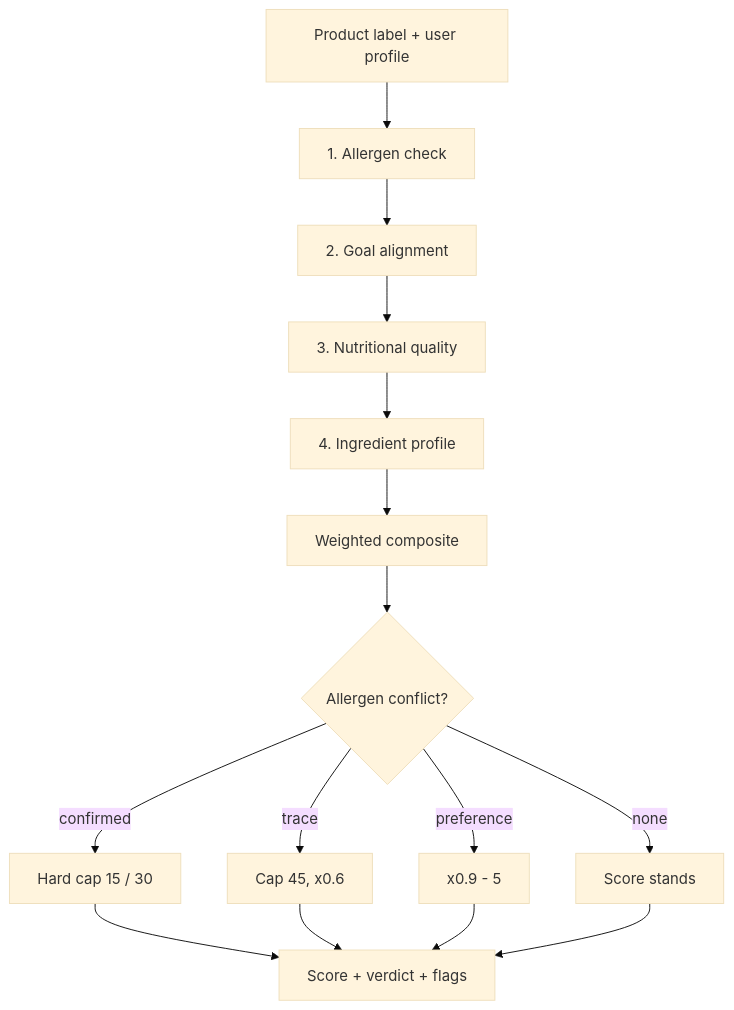
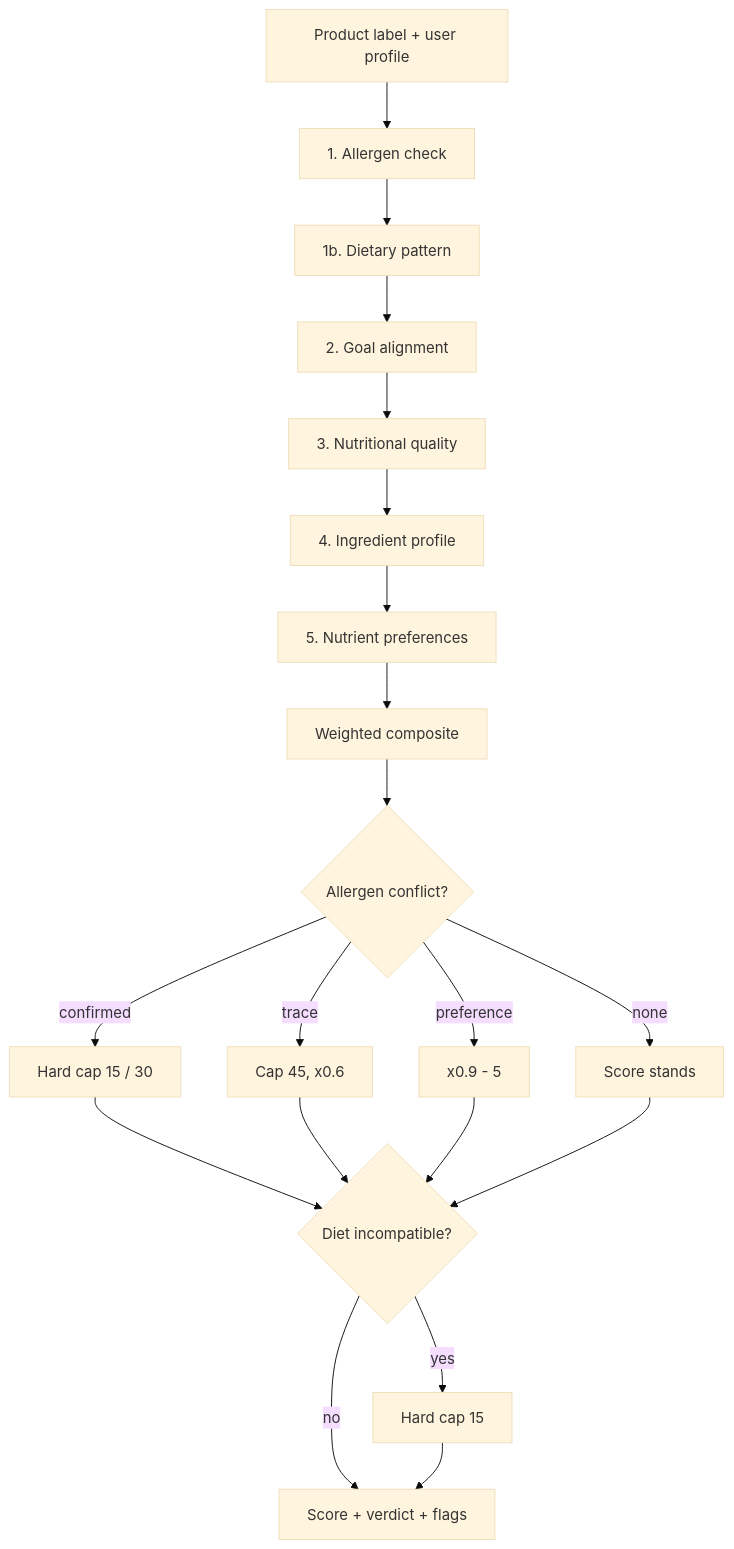
The first of 2 diagrams in README.md (Shyamkrishna003/Arivio), drawn with Mermaid (base theme) before and after one commit. The commit also changed other lines of this file and 23 other files, not shown here.

Commit message:
added community addition, added about you section, added dietary preferences and community privacy

````diff
--- a/README.md
+++ b/README.md
@@ -132,14 +132,19 @@
 ```mermaid
 flowchart TD
     A[Product label + user profile] --> B[1. Allergen check]
-    B --> C[2. Goal alignment]
+    B --> B2[1b. Dietary pattern]
+    B2 --> C[2. Goal alignment]
     C --> D[3. Nutritional quality]
     D --> E[4. Ingredient profile]
-    E --> F[Weighted composite]
+    E --> E2[5. Nutrient preferences]
+    E2 --> F[Weighted composite]
     F --> G{Allergen conflict?}
     G -- confirmed --> H[Hard cap 15 / 30]
     G -- trace --> I[Cap 45, x0.6]
     G -- preference --> J[x0.9 - 5]
     G -- none --> K[Score stands]
-    H & I & J & K --> L[Score + verdict + flags]
+    H & I & J & K --> M{Diet incompatible?}
+    M -- yes --> N[Hard cap 15]
+    M -- no --> L[Score + verdict + flags]
+    N --> L
 ```
````
